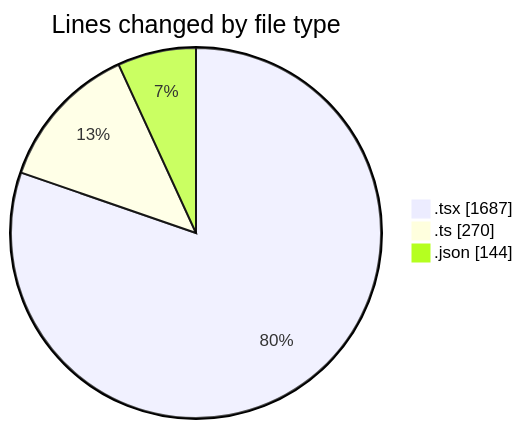
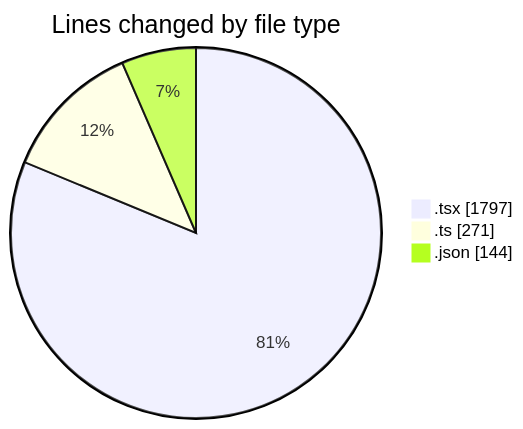
One commit to robertbonfada/code-tracking changed the first of 2 diagrams in 2025-02-18/mbc-web/README.md. Above: the diagram before and after it, drawn with Mermaid. The commit also changed other lines of this file and 1 other file, not shown here.

````diff
--- a/2025-02-18/mbc-web/README.md
+++ b/2025-02-18/mbc-web/README.md
@@ -30,7 +32,7 @@
 ```mermaid
 pie showData
 title Lines changed by file type
-".tsx" : 1687
-".ts" : 270
+".tsx" : 1797
+".ts" : 271
 ".json" : 144
 ```
````
